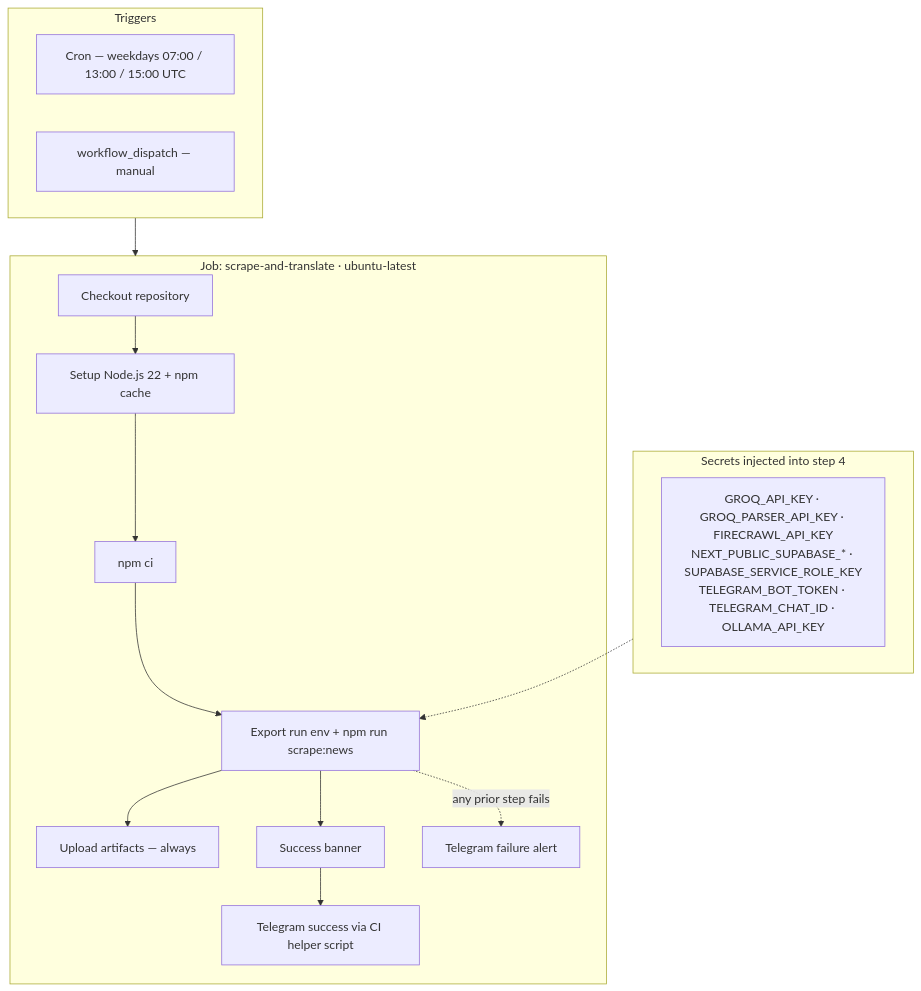
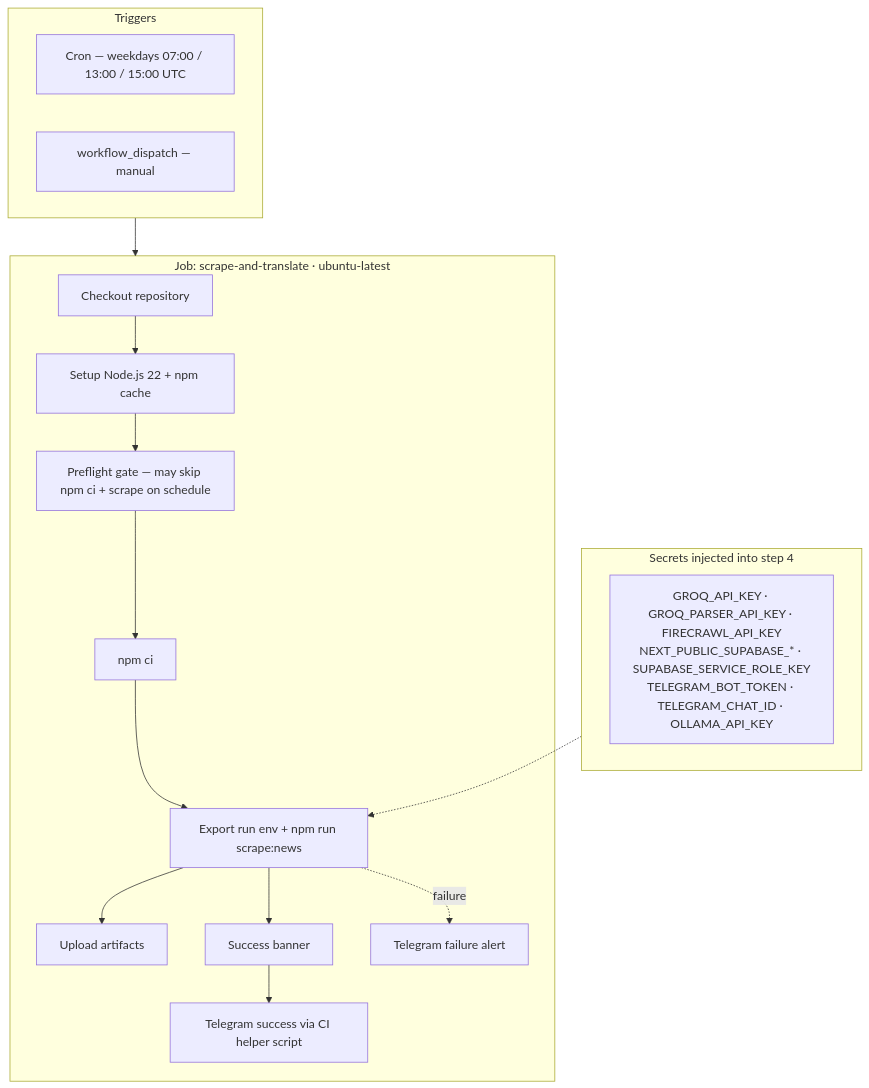
One commit to CemRoot/My-Site changed the first of 2 diagrams in README.md. Above: the diagram before and after it, drawn with Mermaid. The commit also changed other lines of this file and 27 other files, not shown here.

````diff
--- a/README.md
+++ b/README.md
@@ -372,28 +373,29 @@
 ```mermaid
 flowchart TB
   subgraph triggers["Triggers"]
     CRON["Cron — weekdays 07:00 / 13:00 / 15:00 UTC"]
     WD["workflow_dispatch — manual"]
   end
 
   subgraph job["Job: scrape-and-translate · ubuntu-latest"]
     S1["Checkout repository"]
     S2["Setup Node.js 22 + npm cache"]
+    PF["Preflight gate — may skip npm ci + scrape on schedule"]
     S3["npm ci"]
     S4["Export run env + npm run scrape:news"]
-    S5["Upload artifacts — always"]
+    S5["Upload artifacts"]
     S6["Success banner"]
     S7["Telegram success via CI helper script"]
     S8["Telegram failure alert"]
-    S1 --> S2 --> S3 --> S4 --> S5
+    S1 --> S2 --> PF --> S3 --> S4 --> S5
     S4 --> S6 --> S7
-    S4 -.->|any prior step fails| S8
+    S4 -.->|failure| S8
   end
 
   subgraph secrets["Secrets injected into step 4"]
     SEC["GROQ_API_KEY · GROQ_PARSER_API_KEY · FIRECRAWL_API_KEY\nNEXT_PUBLIC_SUPABASE_* · SUPABASE_SERVICE_ROLE_KEY\nTELEGRAM_BOT_TOKEN · TELEGRAM_CHAT_ID · OLLAMA_API_KEY"]
   end
 
   triggers --> job
   secrets -.-> S4
 ```
````
